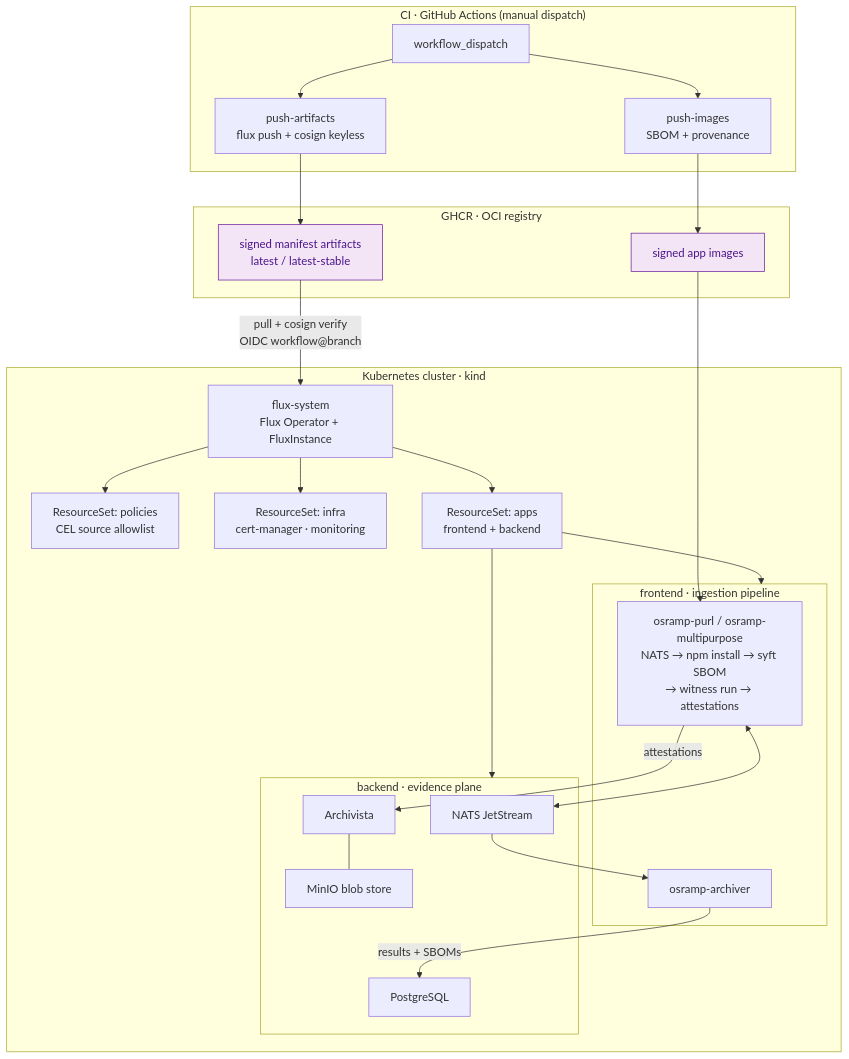
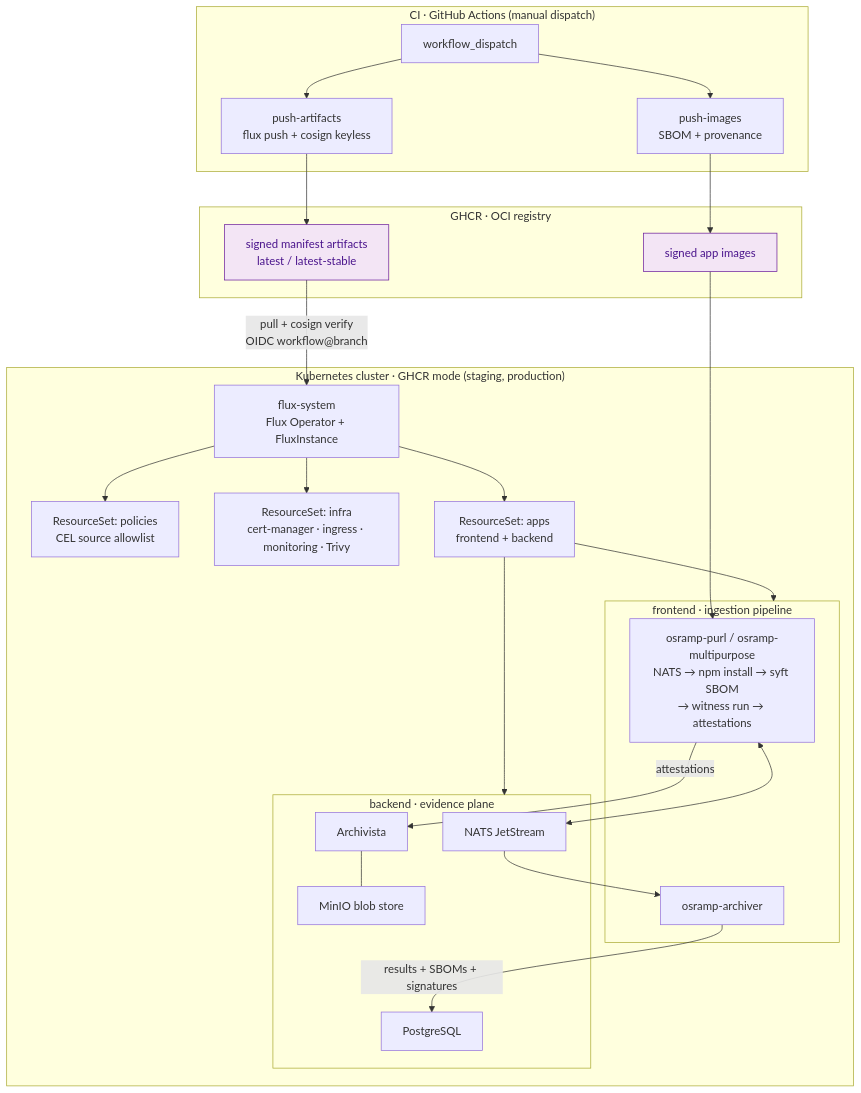
The first of 2 diagrams in README.md (sublimino/architecture-as-code), drawn with Mermaid before and after one commit. The commit also changed other lines of this file and 50 other files, not shown here.

````diff
--- a/README.md
+++ b/README.md
@@ -61,51 +65,51 @@
 ```mermaid
 flowchart TB
   subgraph ci["CI · GitHub Actions (manual dispatch)"]
     GP["workflow_dispatch"]
     PA["push-artifacts<br/>flux push + cosign keyless"]
     PI["push-images<br/>SBOM + provenance"]
     GP --> PA
     GP --> PI
   end
 
   subgraph reg["GHCR · OCI registry"]
     ART["signed manifest artifacts<br/>latest / latest-stable"]
     IMG["signed app images"]
   end
   PA --> ART
   PI --> IMG
 
-  subgraph k8s["Kubernetes cluster · kind"]
+  subgraph k8s["Kubernetes cluster · GHCR mode (staging, production)"]
     FLUX["flux-system<br/>Flux Operator + FluxInstance"]
     RSP["ResourceSet: policies<br/>CEL source allowlist"]
-    RSI["ResourceSet: infra<br/>cert-manager · monitoring"]
+    RSI["ResourceSet: infra<br/>cert-manager · ingress · monitoring · Trivy"]
     RSA["ResourceSet: apps<br/>frontend + backend"]
     FLUX --> RSP
     FLUX --> RSI
     FLUX --> RSA
 
     subgraph fe["frontend · ingestion pipeline"]
       PURL["osramp-purl / osramp-multipurpose<br/>NATS → npm install → syft SBOM<br/>→ witness run → attestations"]
       ARCH["osramp-archiver"]
     end
     subgraph be["backend · evidence plane"]
       NATS["NATS JetStream"]
       ARV["Archivista"]
       PG["PostgreSQL"]
       MINIO["MinIO blob store"]
     end
   end
 
   ART -- "pull + cosign verify<br/>OIDC workflow@branch" --> FLUX
   IMG --> PURL
   RSA --> fe
   RSA --> be
   PURL <--> NATS
   PURL -- attestations --> ARV
   NATS --> ARCH
-  ARCH -- "results + SBOMs" --> PG
+  ARCH -- "results + SBOMs + signatures" --> PG
   ARV --- MINIO
 
   classDef reg fill:#f3e5f5,stroke:#6a1b9a,color:#4a148c;
   class ART,IMG reg;
 ```
````
